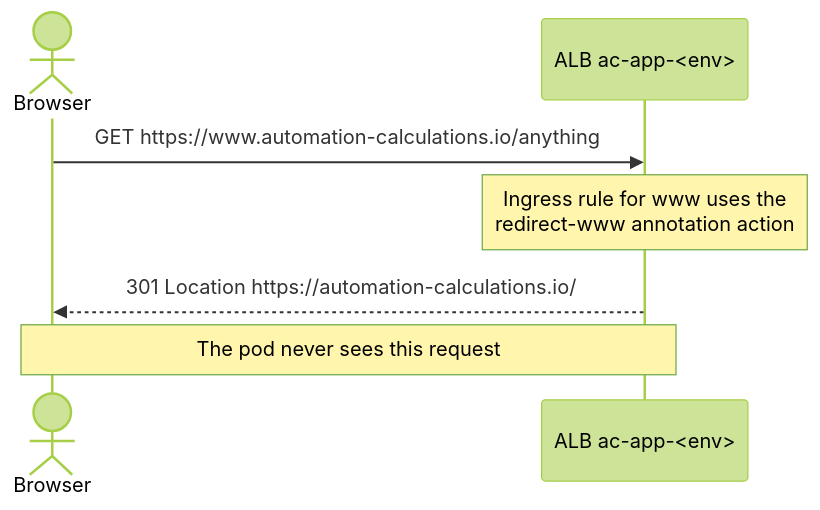
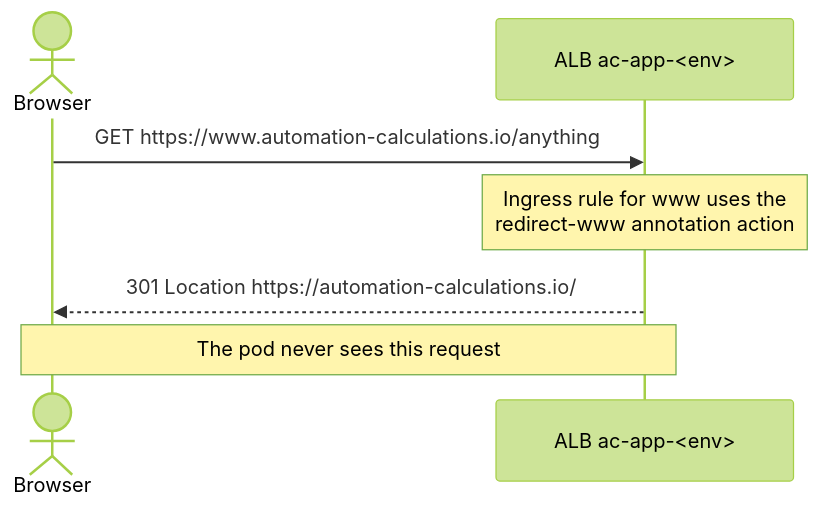
One commit to team-automation-calculator/core-iac changed the second of 5 diagrams in docs/architecture/request-flow.md. Above: the diagram before and after it, drawn with Mermaid (forest theme). The commit also changed other lines of this file and 1 other file, not shown here.

Commit message:
Docs: escape angle-bracket placeholders in sequence diagrams

````diff
--- a/docs/architecture/request-flow.md
+++ b/docs/architecture/request-flow.md
@@ -45,9 +45,9 @@
 ```mermaid
 sequenceDiagram
     actor B as Browser
-    participant ALB as ALB ac-app-<env>
+    participant ALB as ALB ac-app-#lt;env#gt;
     B->>ALB: GET https://www.automation-calculations.io/anything
     Note over ALB: Ingress rule for www uses the<br/>redirect-www annotation action
     ALB-->>B: 301 Location https://automation-calculations.io/
     Note over B,ALB: The pod never sees this request
 ```
````
